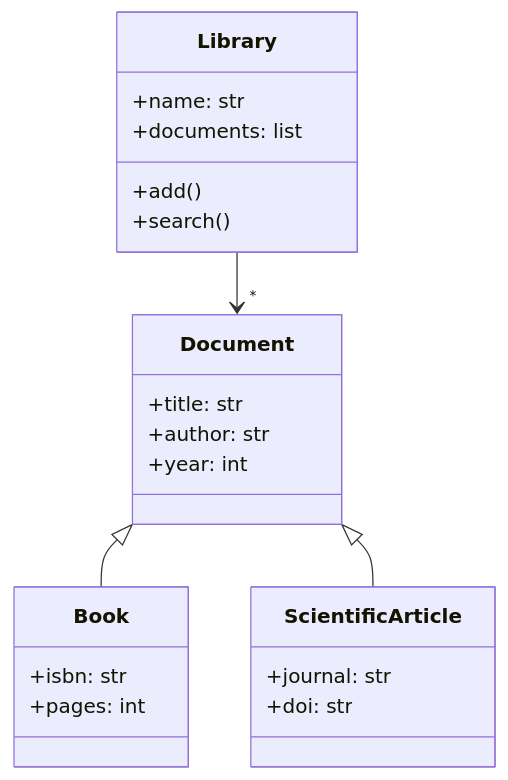
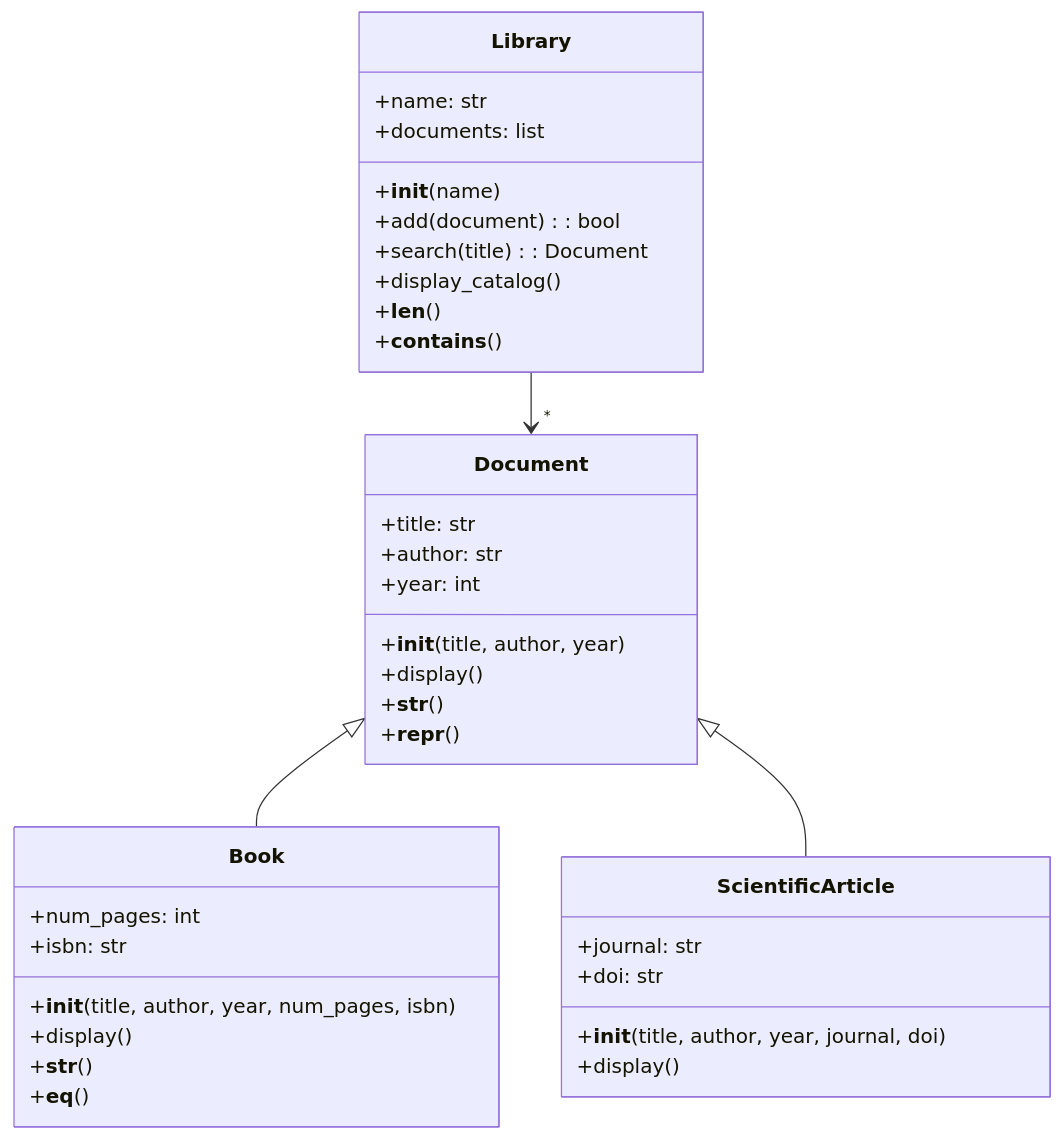
One commit to Lagmouchyoussef/Python-Practical-Works changed diagram 15 of 22 in README.md. Above: the diagram before and after it, drawn with Mermaid. The commit also changed other lines of this file, not shown here.

````diff
--- a/README.md
+++ b/README.md
@@ -388,29 +507,43 @@
 ```mermaid
 classDiagram
     class Document {
         +title: str
         +author: str
         +year: int
+        +__init__(title, author, year)
+        +display()
+        +__str__()
+        +__repr__()
     }
     
     class Book {
+        +num_pages: int
         +isbn: str
-        +pages: int
+        +__init__(title, author, year, num_pages, isbn)
+        +display()
+        +__str__()
+        +__eq__()
     }
     
     class ScientificArticle {
         +journal: str
         +doi: str
+        +__init__(title, author, year, journal, doi)
+        +display()
     }
     
     class Library {
         +name: str
         +documents: list
-        +add()
-        +search()
+        +__init__(name)
+        +add(document): bool
+        +search(title): Document
+        +display_catalog()
+        +__len__()
+        +__contains__()
     }
     
     Document <|-- Book
     Document <|-- ScientificArticle
     Library --> "*" Document
 ```
````
